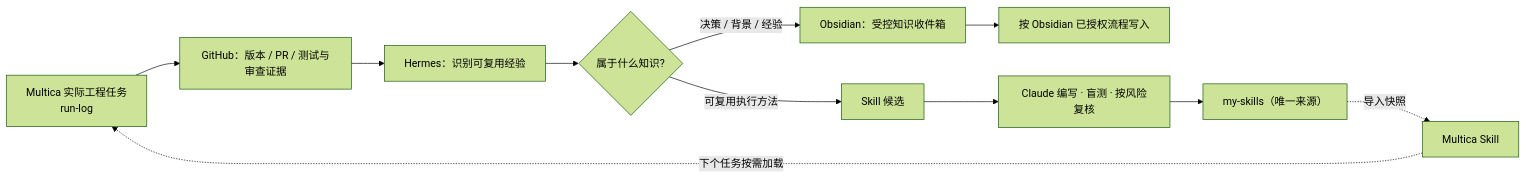
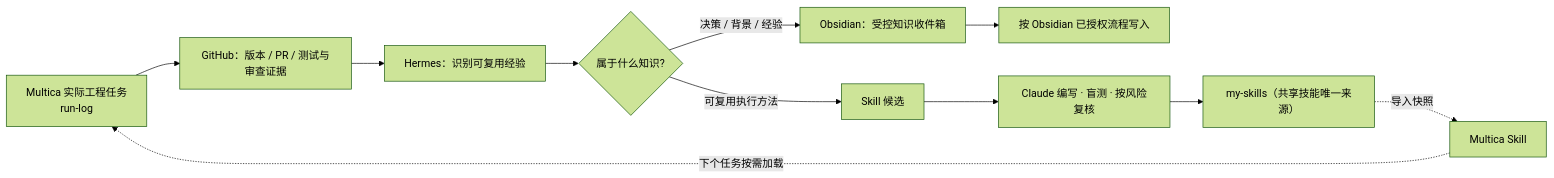
The fourth of 4 diagrams in docs/DT-ORC/ARCHITECTURE.md (Natsukashii1997/digital-twin), drawn with Mermaid (forest theme) before and after one commit. The commit also changed other lines of this file and 3 other files, not shown here.

First line of the commit message:
ARCHITECTURE V5.4.0：§8.3 以 docs/技能架构.md 为准、§8.4 三层治理（#357 D-09）

````diff
--- a/docs/DT-ORC/ARCHITECTURE.md
+++ b/docs/DT-ORC/ARCHITECTURE.md
@@ -645,13 +645,13 @@
 ```mermaid
 flowchart LR
     A["Multica 实际工程任务<br/>run-log"] --> B["GitHub：版本 / PR / 测试与审查证据"]
     B --> C["Hermes：识别可复用经验"]
     C --> D{"属于什么知识?"}
     D -->|"决策 / 背景 / 经验"| E["Obsidian：受控知识收件箱"]
     D -->|"可复用执行方法"| F["Skill 候选"]
     E --> G["按 Obsidian 已授权流程写入"]
     F --> H["Claude 编写 · 盲测 · 按风险复核"]
-    H --> I["my-skills（唯一来源）"]
+    H --> I["my-skills（共享技能唯一来源）"]
     I -.->|"导入快照"| J["Multica Skill"]
     J -.->|"下个任务按需加载"| A
 ```
````
